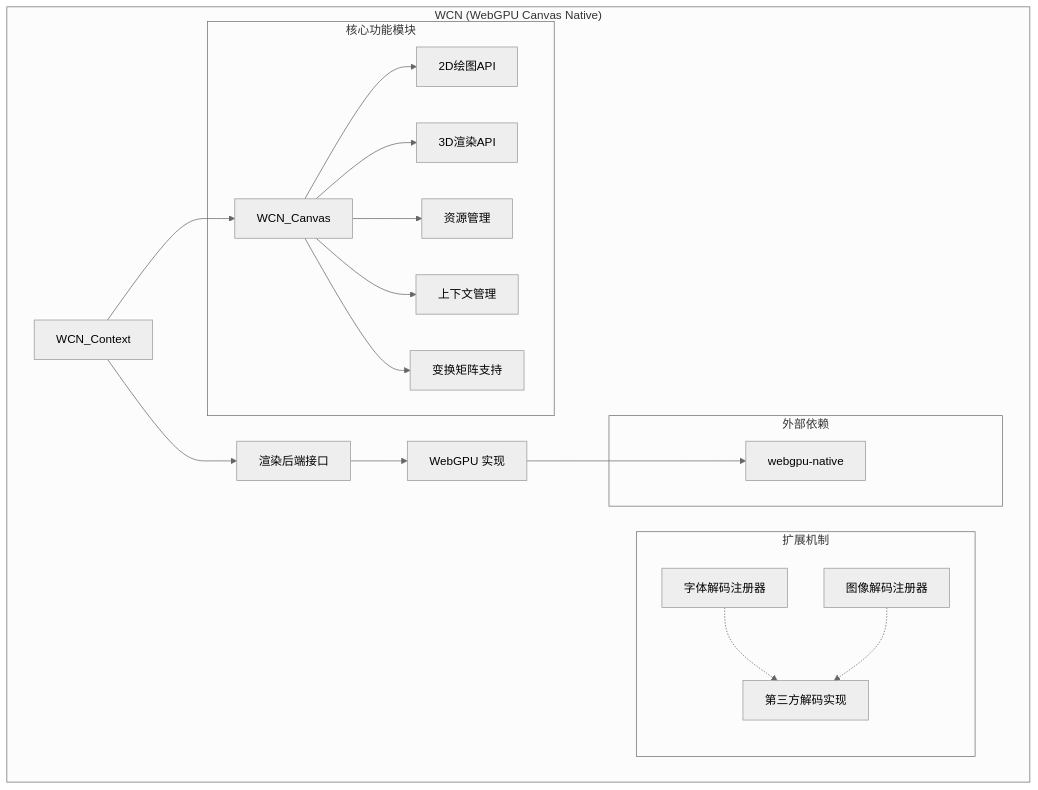
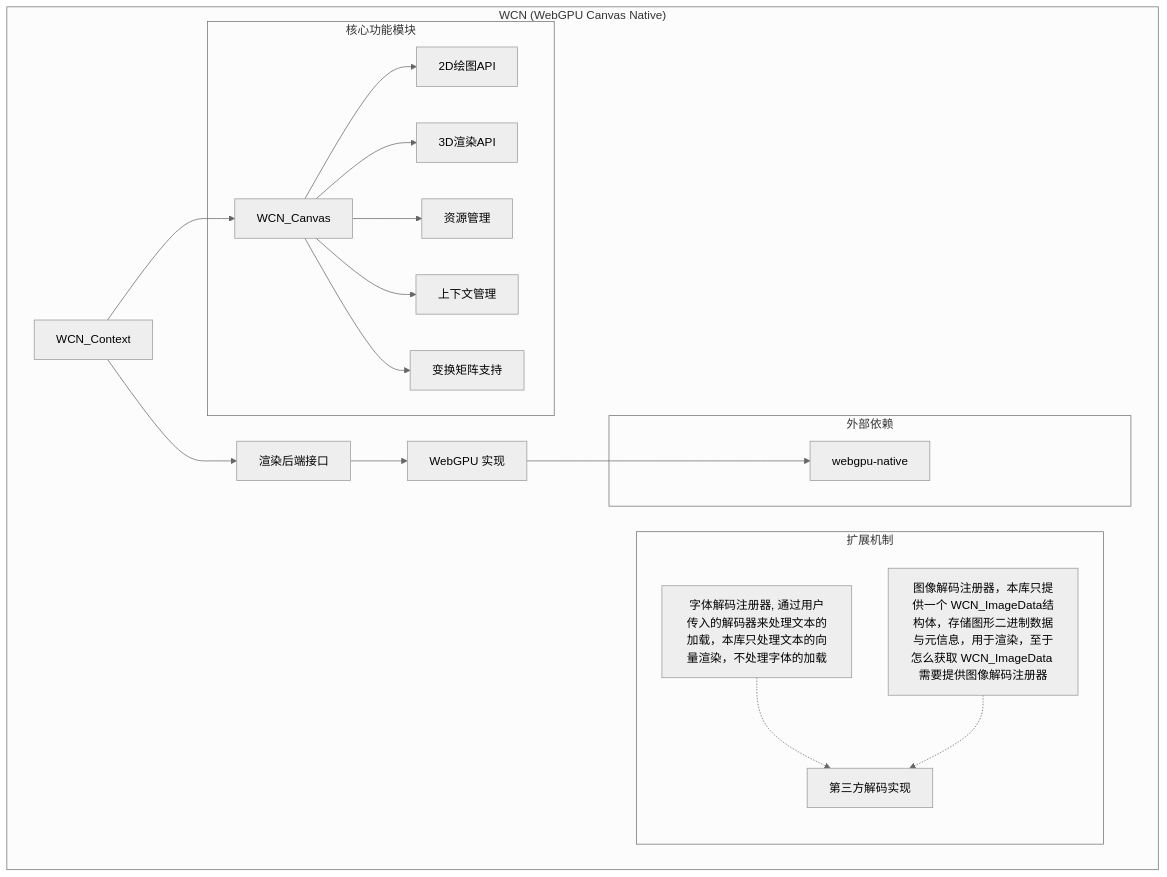
Before and after one commit to AnNingUI/WCN: the diagram in README.md, drawn with Mermaid (neutral theme). The commit also changed other lines of this file and 126 other files, not shown here.

````diff
--- a/README.md
+++ b/README.md
@@ -17,30 +17,30 @@
 ```mermaid
 graph TB
     subgraph "WCN (WebGPU Canvas Native)"
         A[WCN_Context] --> B[WCN_Canvas]
         A --> C[渲染后端接口]
         C --> D[WebGPU 实现]
 
         subgraph "核心功能模块"
             B --> E[2D绘图API]
             B --> F[3D渲染API]
             B --> G[资源管理]
             B --> H[上下文管理]
             B --> I[变换矩阵支持]
         end
 
         subgraph "扩展机制"
-            J[字体解码注册器]
-            K[图像解码注册器]
+            J[字体解码注册器, 通过用户传入的解码器来处理文本的加载，本库只处理文本的向量渲染，不处理字体的加载]
+            K[图像解码注册器，本库只提供一个 WCN_ImageData结构体，存储图形二进制数据与元信息，用于渲染，至于怎么获取 WCN_ImageData 需要提供图像解码注册器]
             L[第三方解码实现]
             J -.-> L
             K -.-> L
         end
 
         subgraph "外部依赖"
             M[webgpu-native]
         end
 
         D --> M
     end
 ```
````
